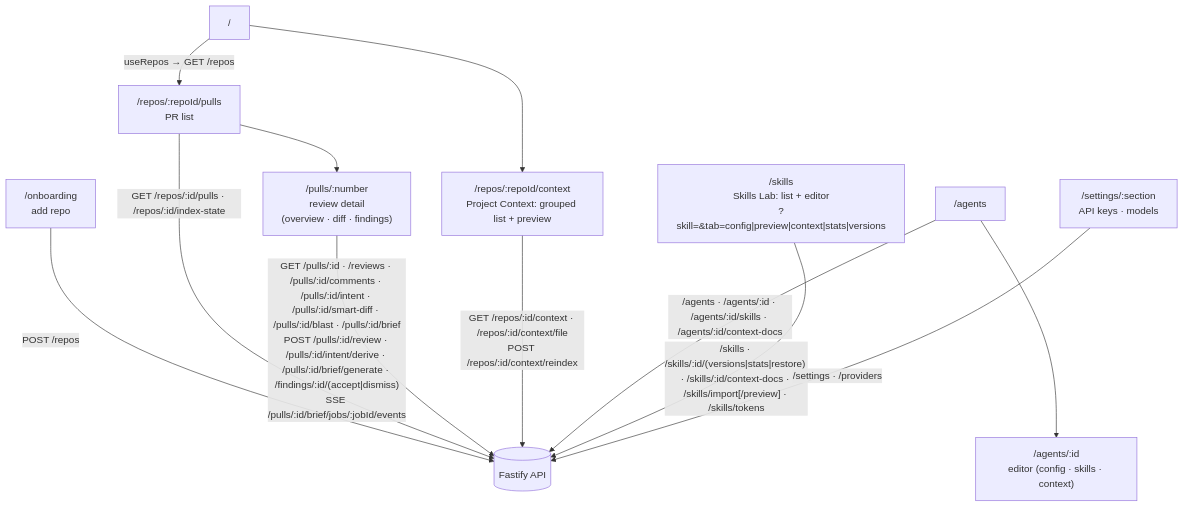
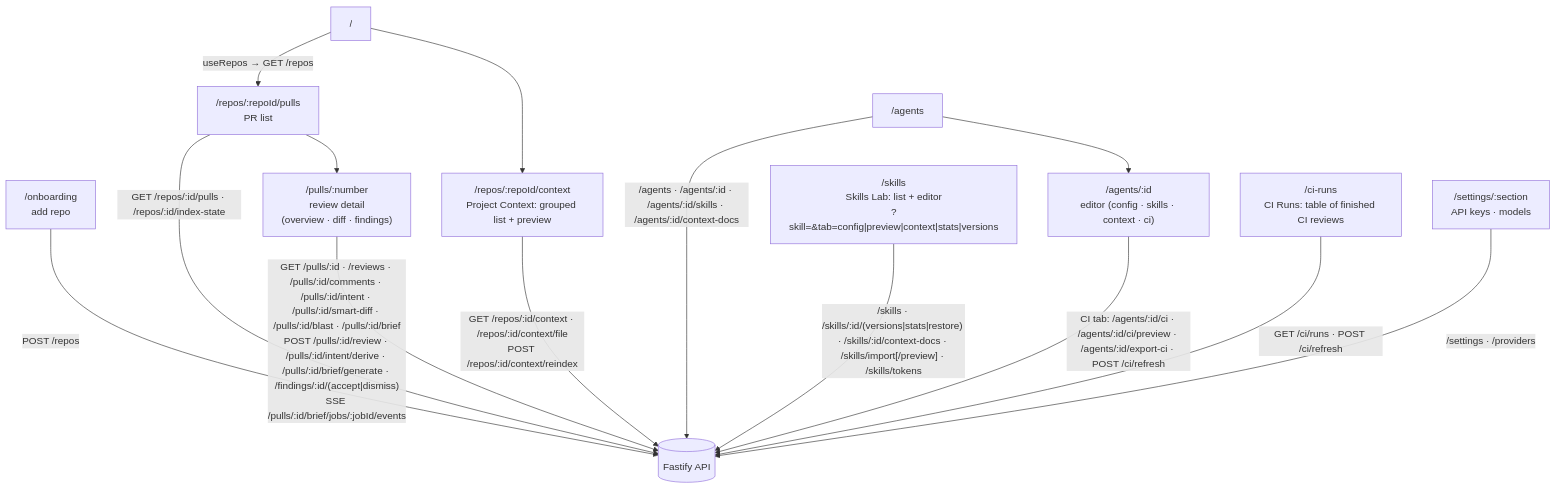
One commit to shofulk/dev-digest changed the diagram in client/README.md. Above: the diagram before and after it, drawn with Mermaid. The commit also changed 85 other files, not shown here.

First line of the commit message:
feat(ci): export reviewer agents to GitHub Actions (SPEC-04 MVP)

````diff
--- a/client/README.md
+++ b/client/README.md
@@ -24,18 +24,21 @@
 ```mermaid
 flowchart TD
   ROOT["/"] -->|"useRepos → GET /repos"| PULLS["/repos/:repoId/pulls<br/>PR list"]
   ONB["/onboarding<br/>add repo"] -->|"POST /repos"| API[("Fastify API")]
   PULLS --> PR["/pulls/:number<br/>review detail<br/>(overview · diff · findings)"]
   ROOT --> CONTEXT["/repos/:repoId/context<br/>Project Context: grouped list + preview"]
 
-  AGENTS["/agents"] --> AGENT["/agents/:id<br/>editor (config · skills · context)"]
+  AGENTS["/agents"] --> AGENT["/agents/:id<br/>editor (config · skills · context · ci)"]
   SKILLS["/skills<br/>Skills Lab: list + editor<br/>?skill=&tab=config|preview|context|stats|versions"]
+  CIRUNS["/ci-runs<br/>CI Runs: table of finished CI reviews"]
   SETTINGS["/settings/:section<br/>API keys · models"]
 
   PULLS -->|"GET /repos/:id/pulls · /repos/:id/index-state"| API
   PR -->|"GET /pulls/:id · /reviews · /pulls/:id/comments · /pulls/:id/intent · /pulls/:id/smart-diff · /pulls/:id/blast · /pulls/:id/brief<br/>POST /pulls/:id/review · /pulls/:id/intent/derive · /pulls/:id/brief/generate · /findings/:id/(accept|dismiss)<br/>SSE /pulls/:id/brief/jobs/:jobId/events"| API
   CONTEXT -->|"GET /repos/:id/context · /repos/:id/context/file<br/>POST /repos/:id/context/reindex"| API
   AGENTS -->|"/agents · /agents/:id · /agents/:id/skills · /agents/:id/context-docs"| API
   SKILLS -->|"/skills · /skills/:id/(versions|stats|restore) · /skills/:id/context-docs · /skills/import[/preview] · /skills/tokens"| API
+  AGENT -->|"CI tab: /agents/:id/ci · /agents/:id/ci/preview · /agents/:id/export-ci · POST /ci/refresh"| API
+  CIRUNS -->|"GET /ci/runs · POST /ci/refresh"| API
   SETTINGS -->|"/settings · /providers"| API
 ```
````
